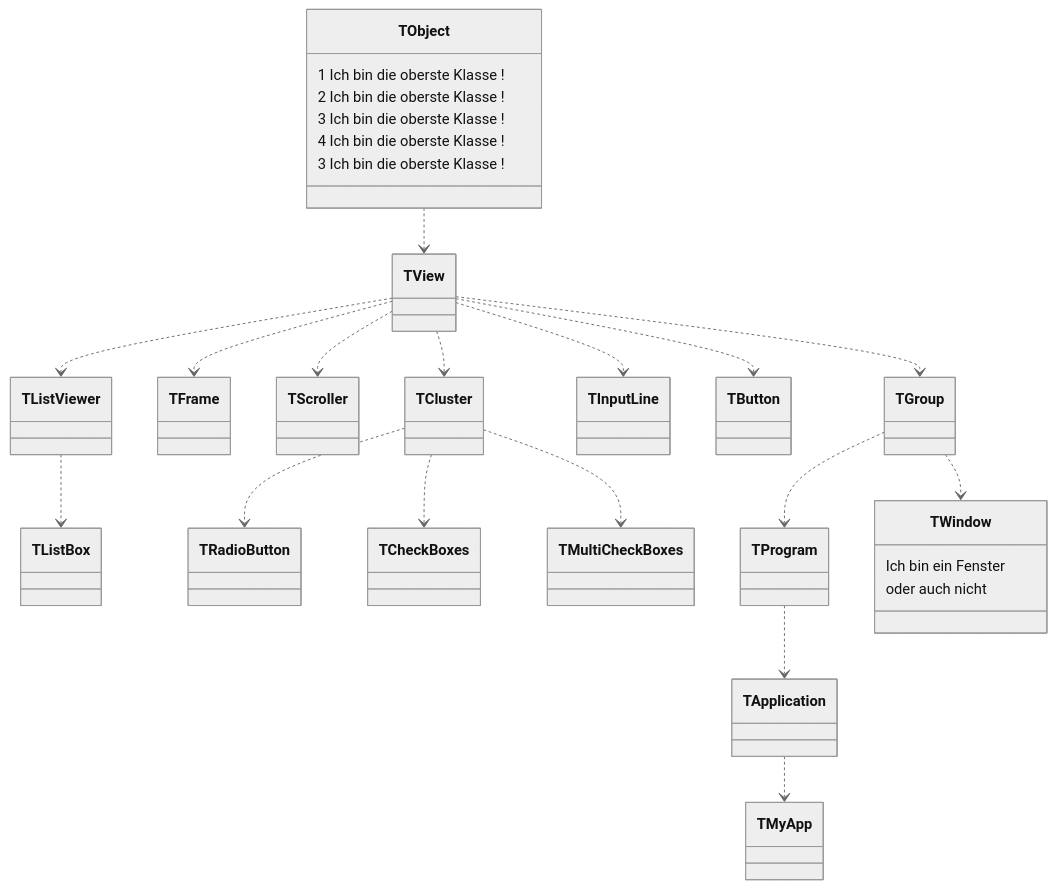
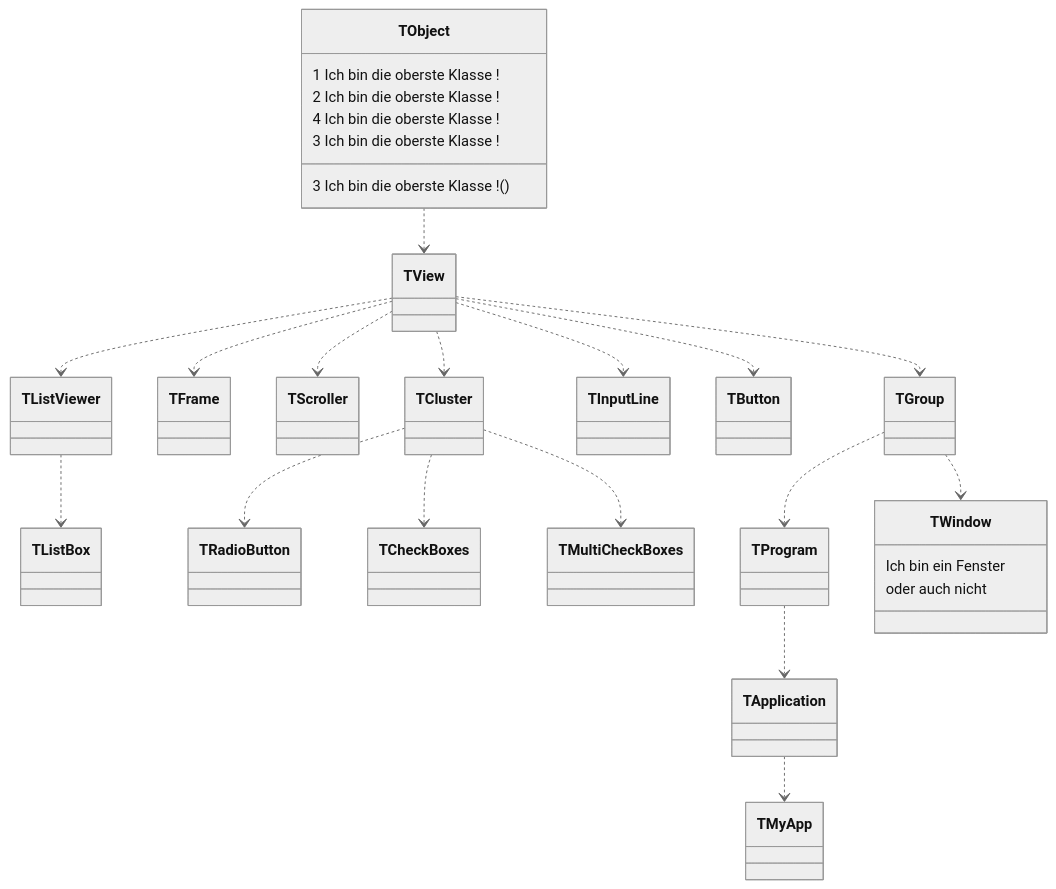
One commit to sechshelme/Lazarus-FreeVision-Tutorial changed the first of 2 diagrams in 99_Test/GIT_Chart_Test/readme.md. Above: the diagram before and after it, drawn with Mermaid (neutral theme).

````diff
--- a/99_Test/GIT_Chart_Test/readme.md
+++ b/99_Test/GIT_Chart_Test/readme.md
@@ -3,30 +3,30 @@
 ```mermaid
 classDiagram
 
 
 TObject ..> TView
 TObject : 1 Ich bin die oberste Klasse !
 TObject : 2 Ich bin die oberste Klasse !
-TObject: 3 Ich bin die oberste Klasse !
+TObject: 3 Ich bin die oberste Klasse !()
 TObject : 4 Ich bin die oberste Klasse !
 TObject: 3 Ich bin die oberste Klasse !
 TView ..> TGroup
 TView ..> TFrame
 TView ..> TScroller
 TView ..> TListViewer
 TListViewer ..> TListBox
 TView ..> TInputLine
 TView ..> TButton
 TView ..> TCluster
 TCluster ..> TRadioButton
 TCluster ..> TCheckBoxes
 TCluster ..> TMultiCheckBoxes
 TGroup ..> TProgram
 TGroup ..> TWindow
 TProgram ..> TApplication 
 TApplication ..> TMyApp
 class TWindow {
   Ich bin ein Fenster
   oder auch nicht
 }
 ```
````
